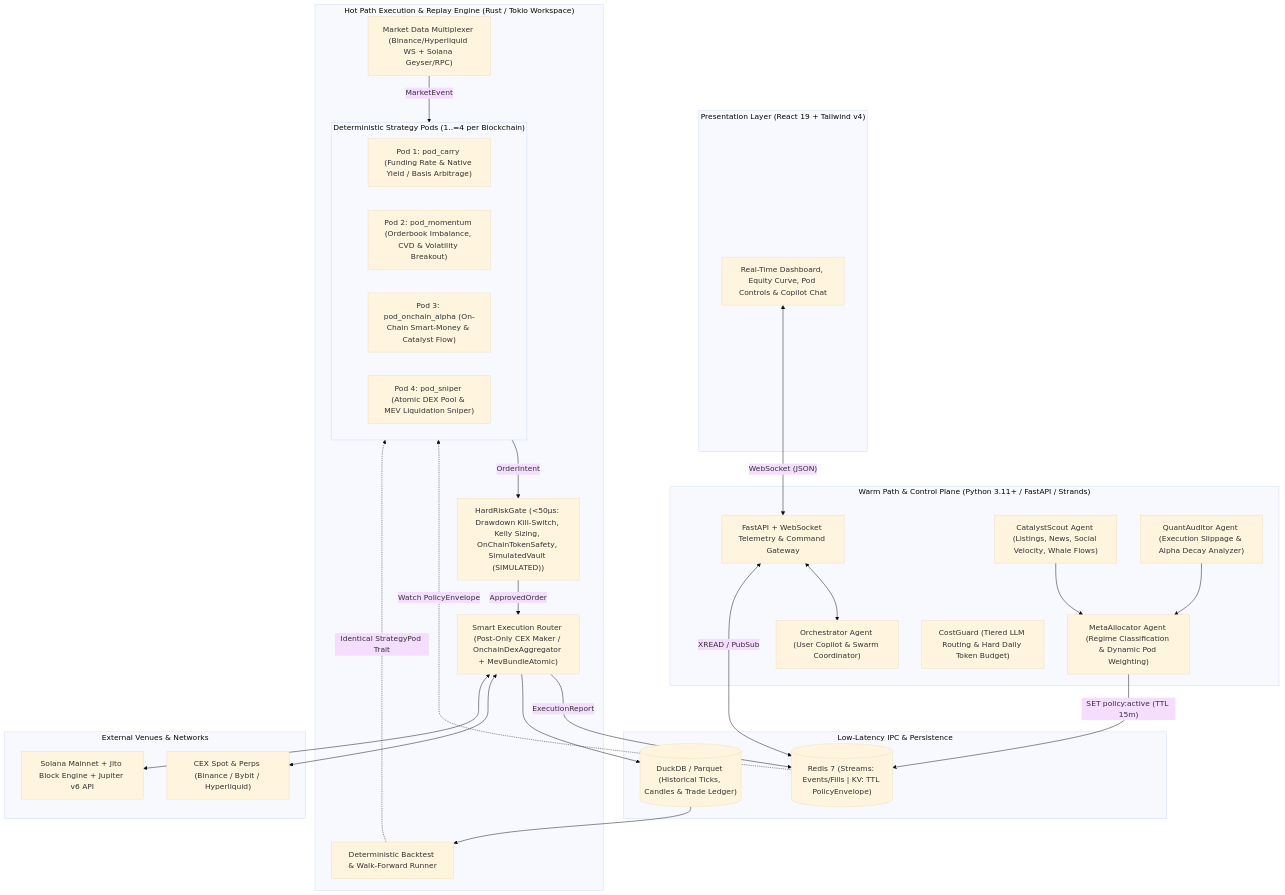
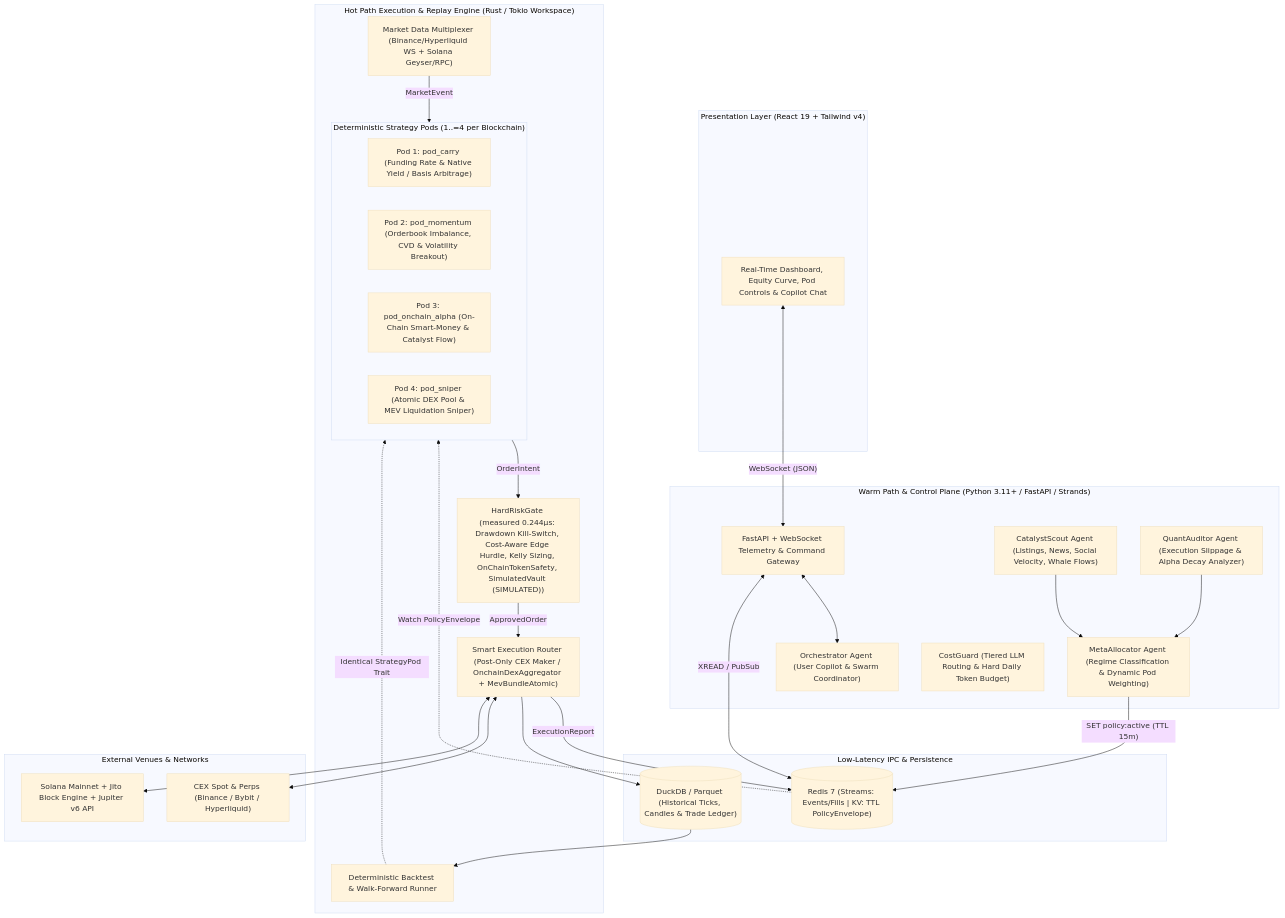
Before and after one commit to hcross/robotrader: the diagram in docs/architecture.md, drawn with Mermaid (base theme). The commit also changed other lines of this file and 8 other files, not shown here.

First line of the commit message:
docs(risk-gate): publish measured budget and regenerated fixtures [fix-risk-gate-cost-hurdle]

````diff
--- a/docs/architecture.md
+++ b/docs/architecture.md
@@ -22,58 +22,58 @@
 ```mermaid
 flowchart TB
     subgraph Client["Presentation Layer (React 19 + Tailwind v4)"]
         UI["Real-Time Dashboard, Equity Curve, Pod Controls & Copilot Chat"]
     end
 
     subgraph ControlAndWarm["Warm Path & Control Plane (Python 3.11+ / FastAPI / Strands)"]
         API["FastAPI + WebSocket Telemetry & Command Gateway"]
         Orch["Orchestrator Agent (User Copilot & Swarm Coordinator)"]
         Scout["CatalystScout Agent (Listings, News, Social Velocity, Whale Flows)"]
         Meta["MetaAllocator Agent (Regime Classification & Dynamic Pod Weighting)"]
         Auditor["QuantAuditor Agent (Execution Slippage & Alpha Decay Analyzer)"]
         Cost["CostGuard (Tiered LLM Routing & Hard Daily Token Budget)"]
     end
 
     subgraph Bus["Low-Latency IPC & Persistence"]
         Redis[("Redis 7 (Streams: Events/Fills | KV: TTL PolicyEnvelope)")]
         Storage[("DuckDB / Parquet (Historical Ticks, Candles & Trade Ledger)")]
     end
 
     subgraph HotPath["Hot Path Execution & Replay Engine (Rust / Tokio Workspace)"]
         Feed["Market Data Multiplexer (Binance/Hyperliquid WS + Solana Geyser/RPC)"]
         
         subgraph Pods["Deterministic Strategy Pods (1..=4 per Blockchain)"]
             P1["Pod 1: pod_carry (Funding Rate & Native Yield / Basis Arbitrage)"]
             P2["Pod 2: pod_momentum (Orderbook Imbalance, CVD & Volatility Breakout)"]
             P3["Pod 3: pod_onchain_alpha (On-Chain Smart-Money & Catalyst Flow)"]
             P4["Pod 4: pod_sniper (Atomic DEX Pool & MEV Liquidation Sniper)"]
         end
 
-        Risk["HardRiskGate (<50µs: Drawdown Kill-Switch, Kelly Sizing, OnChainTokenSafety, SimulatedVault (SIMULATED))"]
+        Risk["HardRiskGate (measured 0.244µs: Drawdown Kill-Switch, Cost-Aware Edge Hurdle, Kelly Sizing, OnChainTokenSafety, SimulatedVault (SIMULATED))"]
         Exec["Smart Execution Router (Post-Only CEX Maker / OnchainDexAggregator + MevBundleAtomic)"]
         Replay["Deterministic Backtest & Walk-Forward Runner"]
     end
 
     subgraph Venues["External Venues & Networks"]
         CEX["CEX Spot & Perps (Binance / Bybit / Hyperliquid)"]
         Solana["Solana Mainnet + Jito Block Engine + Jupiter v6 API"]
     end
 
     UI <-->|"WebSocket (JSON)"| API
     API <--> Orch
     Scout --> Meta
     Auditor --> Meta
     Meta -->|"SET policy:active (TTL 15m)"| Redis
     API <-->|"XREAD / PubSub"| Redis
 
     Feed -->|"MarketEvent"| Pods
     Redis -.->|"Watch PolicyEnvelope"| Pods
     Pods -->|"OrderIntent"| Risk
     Risk -->|"ApprovedOrder"| Exec
     Exec -->|"ExecutionReport"| Redis
     Exec --> Storage
     Exec <--> CEX
     Exec <--> Solana
     Storage --> Replay
     Replay -.->|"Identical StrategyPod Trait"| Pods
 ```
````
